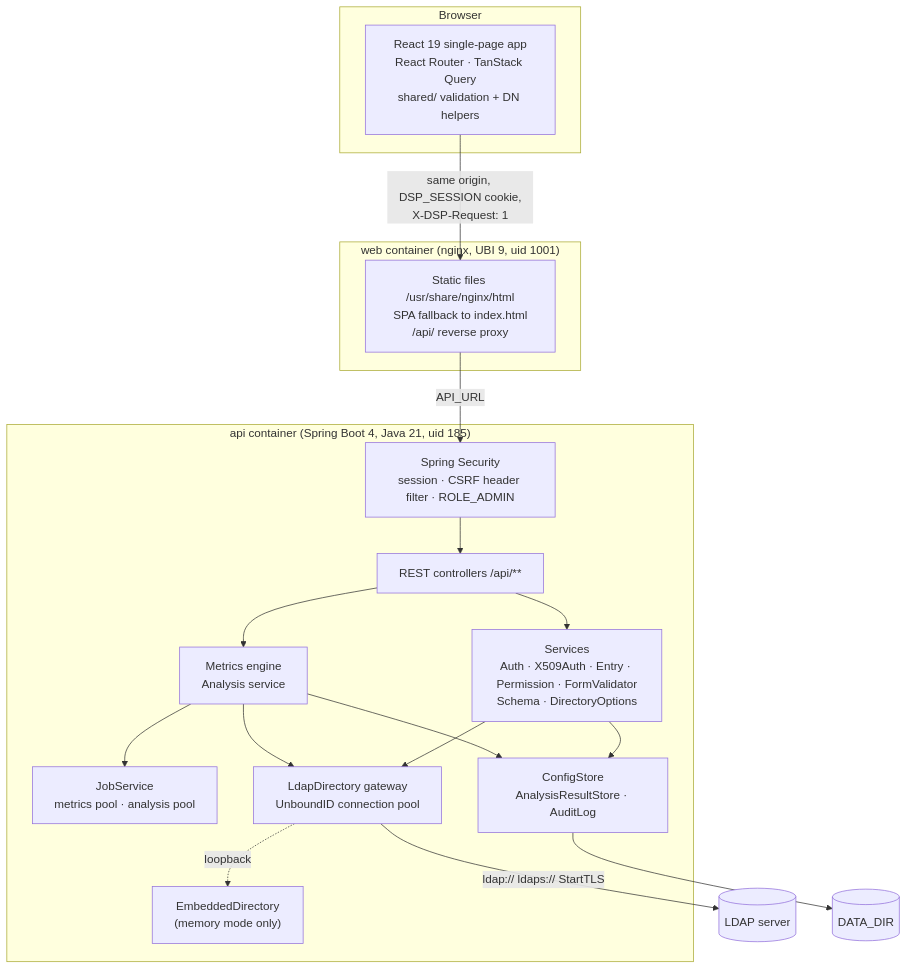
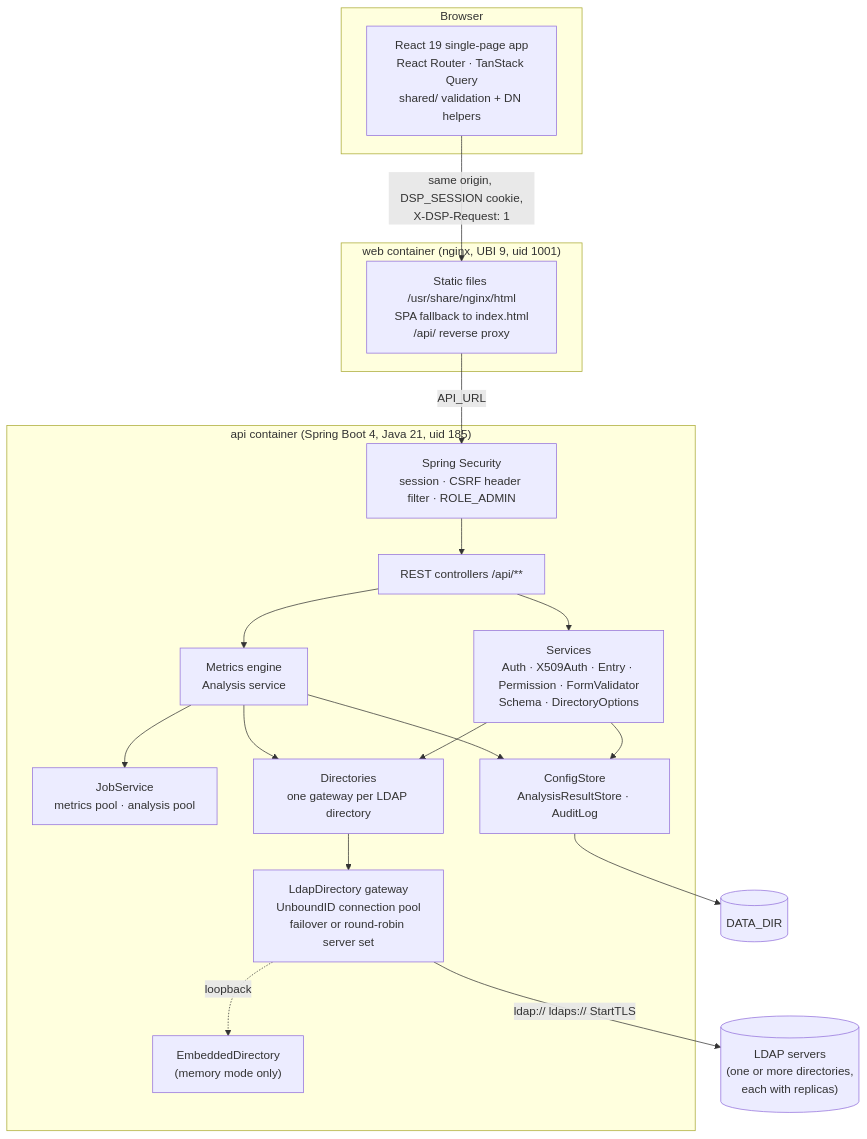
One commit to winllc/ens-apps-documentation changed the first of 4 diagrams in docs/directory-services-portal/architecture.md. Above: the diagram before and after it, drawn with Mermaid. The commit also changed other lines of this file and 8 other files, not shown here.

First line of the commit message:
Directory Services Portal: several directories and failover

````diff
--- a/docs/directory-services-portal/architecture.md
+++ b/docs/directory-services-portal/architecture.md
@@ -5,32 +5,34 @@
 ```mermaid
 flowchart TB
     subgraph Browser
         UI["React 19 single-page app<br/>React Router · TanStack Query<br/>shared/ validation + DN helpers"]
     end
     subgraph web["web container (nginx, UBI 9, uid 1001)"]
         NG["Static files /usr/share/nginx/html<br/>SPA fallback to index.html<br/>/api/ reverse proxy"]
     end
     subgraph api["api container (Spring Boot 4, Java 21, uid 185)"]
         SEC["Spring Security<br/>session · CSRF header filter · ROLE_ADMIN"]
         CTRL["REST controllers /api/**"]
         SVC["Services<br/>Auth · X509Auth · Entry · Permission · FormValidator<br/>Schema · DirectoryOptions"]
         MET["Metrics engine<br/>Analysis service"]
         JOBS["JobService<br/>metrics pool · analysis pool"]
         STORE["ConfigStore<br/>AnalysisResultStore · AuditLog"]
-        LDAPGW["LdapDirectory gateway<br/>UnboundID connection pool"]
+        DIRS["Directories<br/>one gateway per LDAP directory"]
+        LDAPGW["LdapDirectory gateway<br/>UnboundID connection pool<br/>failover or round-robin server set"]
         EMB["EmbeddedDirectory<br/>(memory mode only)"]
     end
-    LDAP[(LDAP server)]
+    LDAP[("LDAP servers<br/>(one or more directories,<br/>each with replicas)")]
     FS[("DATA_DIR")]
 
     UI -->|"same origin, DSP_SESSION cookie,<br/>X-DSP-Request: 1"| NG
     NG -->|"API_URL"| SEC --> CTRL --> SVC
     CTRL --> MET --> JOBS
-    SVC --> LDAPGW
-    MET --> LDAPGW
+    SVC --> DIRS
+    MET --> DIRS
+    DIRS --> LDAPGW
     SVC --> STORE
     MET --> STORE
     STORE --> FS
     LDAPGW -->|"ldap:// ldaps:// StartTLS"| LDAP
     LDAPGW -.->|loopback| EMB
 ```
````
